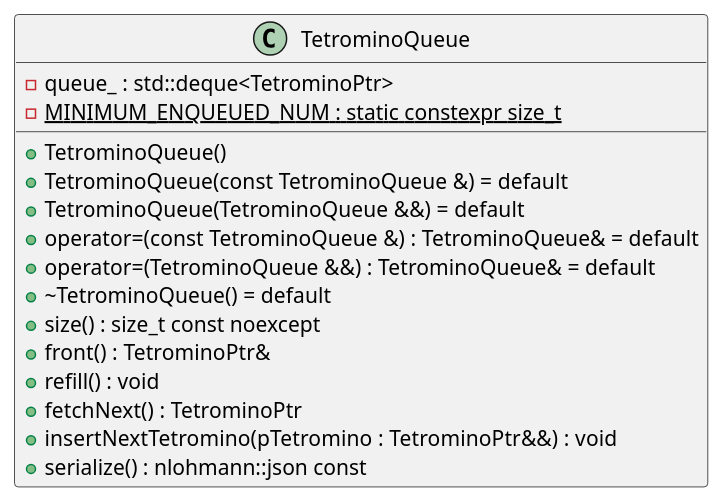
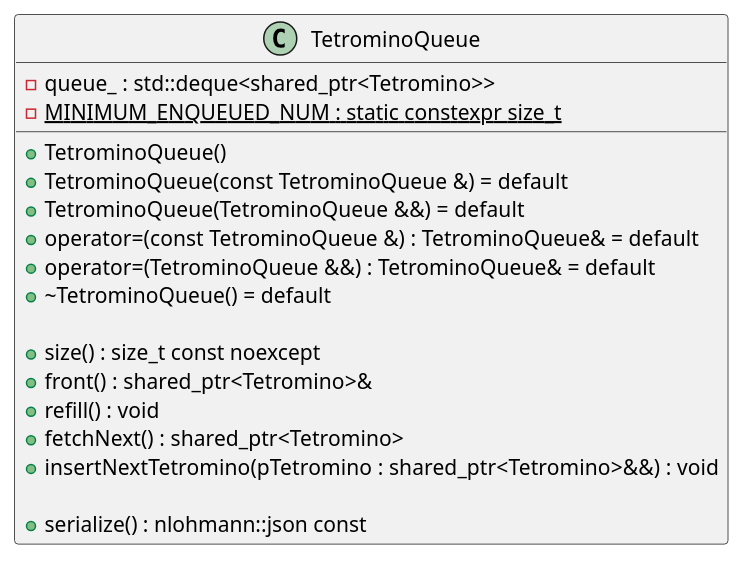
One commit to ulb-info2-group5/Royal-Blocks changed the diagram in doc/uml/class/game/tetris_lib/TetrominoQueueClass.plantuml. Above: the diagram before and after it, drawn with PlantUML. The commit also changed 20 other files, not shown here.

Commit message:
update some class diagram in tetris_lib, changing the the bash script

```diff
--- a/doc/uml/class/game/tetris_lib/TetrominoQueueClass.plantuml
+++ b/doc/uml/class/game/tetris_lib/TetrominoQueueClass.plantuml
@@ -2,19 +2,21 @@
 @startuml (id=TetrominoQueue)
 class TetrominoQueue {
-    - queue_ : std::deque<TetrominoPtr>
+    - queue_ : std::deque<shared_ptr<Tetromino>>
     - {static} MINIMUM_ENQUEUED_NUM : static constexpr size_t
    
     + TetrominoQueue()
     + TetrominoQueue(const TetrominoQueue &) = default
     + TetrominoQueue(TetrominoQueue &&) = default
     + operator=(const TetrominoQueue &) : TetrominoQueue& = default
     + operator=(TetrominoQueue &&) : TetrominoQueue& = default
     + ~TetrominoQueue() = default
+
     + size() : size_t const noexcept
-    + front() : TetrominoPtr&
+    + front() : shared_ptr<Tetromino>&
     + refill() : void
-    + fetchNext() : TetrominoPtr
-    + insertNextTetromino(pTetromino : TetrominoPtr&&) : void
+    + fetchNext() : shared_ptr<Tetromino>
+    + insertNextTetromino(pTetromino : shared_ptr<Tetromino>&&) : void
+    
     + serialize() : nlohmann::json const
 }
 @enduml
```
